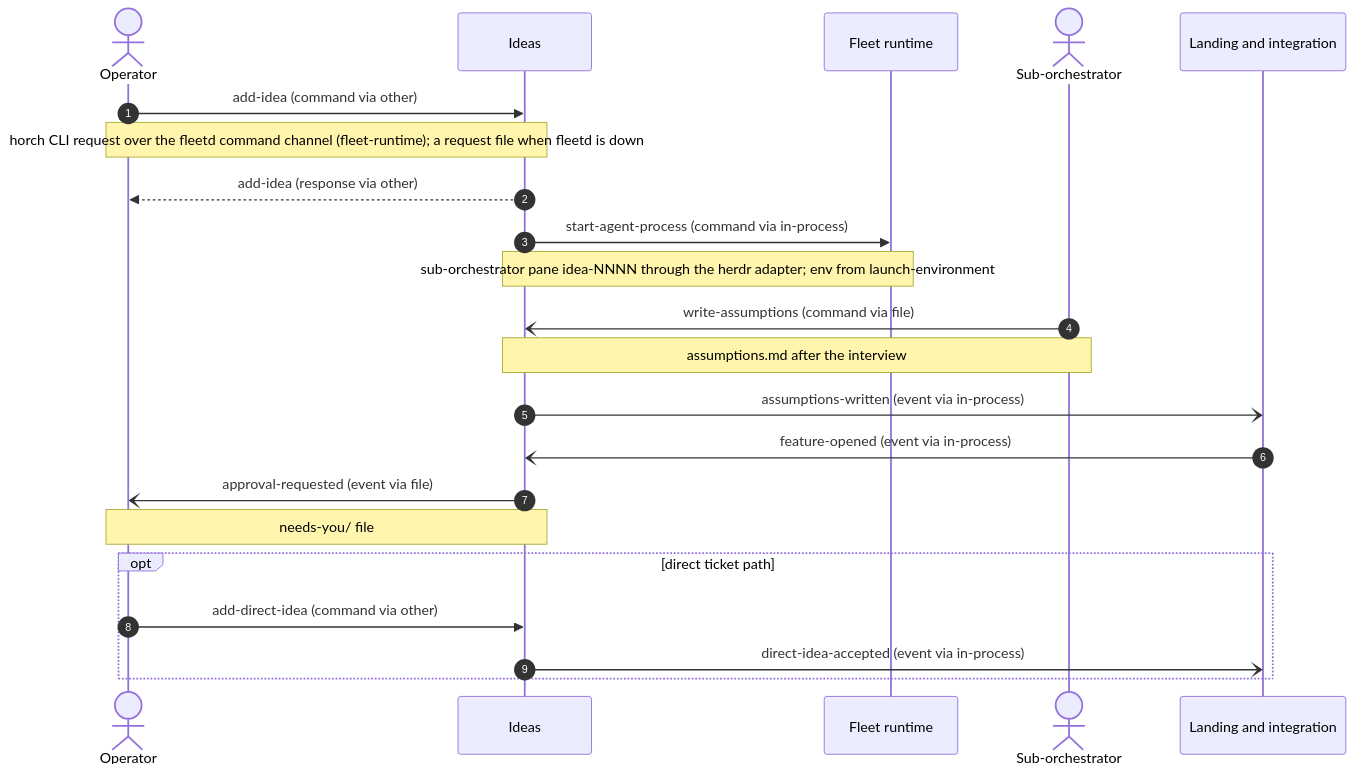
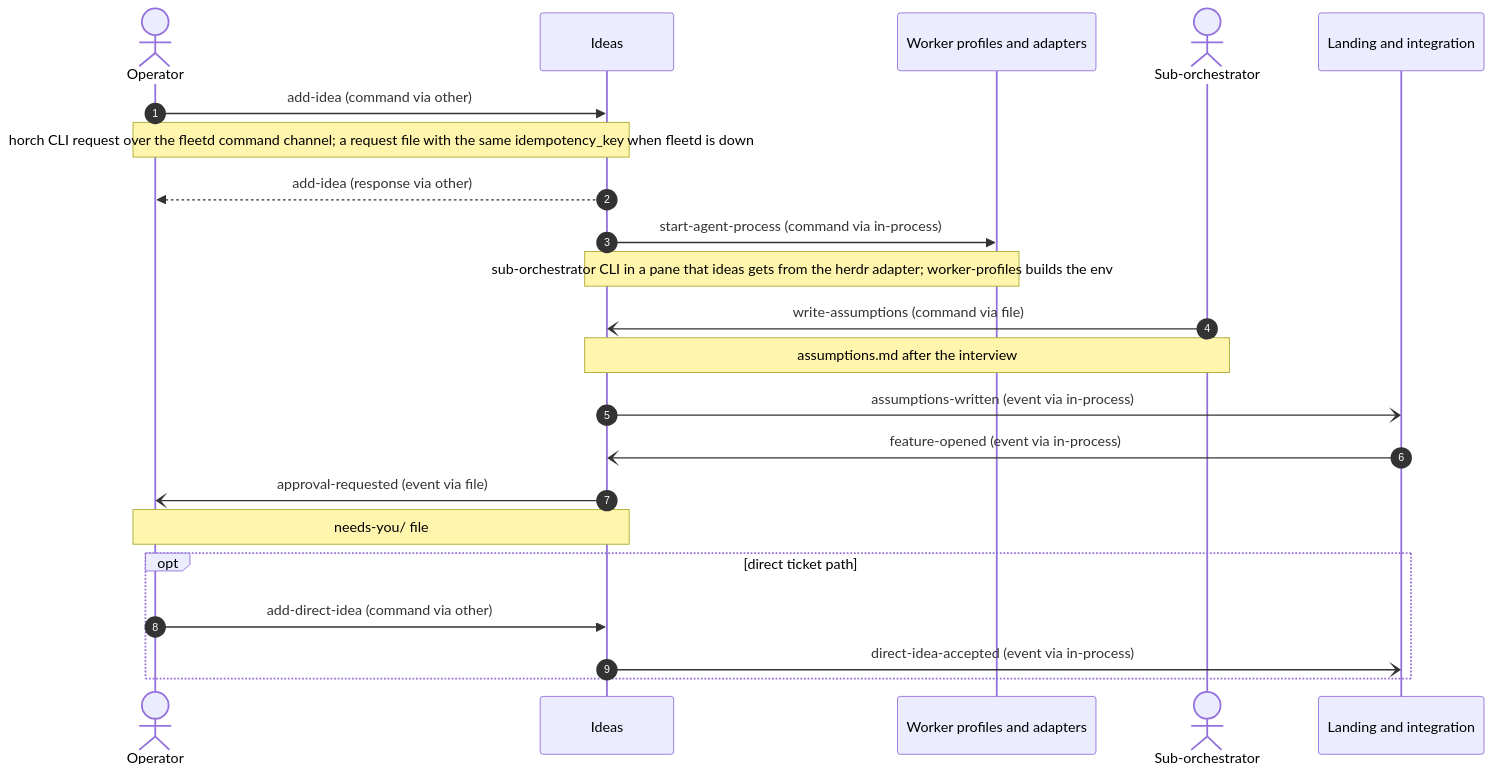
The first of 9 diagrams in ddd/05-connect/message-flows.md (MattMakes/multi-herdr), drawn with Mermaid before and after one commit. The commit also changed other lines of this file and 30 other files, not shown here.

````diff
--- a/ddd/05-connect/message-flows.md
+++ b/ddd/05-connect/message-flows.md
@@ -40,24 +40,24 @@
 ```mermaid
 sequenceDiagram
   autonumber
   actor operator as Operator
   participant ideas as Ideas
-  participant fleet_runtime as Fleet runtime
+  participant worker_profiles as Worker profiles and adapters
   actor sub_orchestrator as Sub-orchestrator
   participant integration as Landing and integration
   operator->>ideas: add-idea (command via other)
-  Note over operator,ideas: horch CLI request over the fleetd command channel (fleet-runtime)#59; a request file when fleetd is down
+  Note over operator,ideas: horch CLI request over the fleetd command channel#59; a request file with the same idempotency_key when fleetd is down
   ideas-->>operator: add-idea (response via other)
-  ideas->>fleet_runtime: start-agent-process (command via in-process)
-  Note over ideas,fleet_runtime: sub-orchestrator pane idea-NNNN through the herdr adapter#59; env from launch-environment
+  ideas->>worker_profiles: start-agent-process (command via in-process)
+  Note over ideas,worker_profiles: sub-orchestrator CLI in a pane that ideas gets from the herdr adapter#59; worker-profiles builds the env
   sub_orchestrator-)ideas: write-assumptions (command via file)
   Note over sub_orchestrator,ideas: assumptions.md after the interview
   ideas-)integration: assumptions-written (event via in-process)
   integration-)ideas: feature-opened (event via in-process)
   ideas-)operator: approval-requested (event via file)
   Note over ideas,operator: needs-you/ file
   opt direct ticket path
     operator->>ideas: add-direct-idea (command via other)
     ideas-)integration: direct-idea-accepted (event via in-process)
   end
 ```
````
